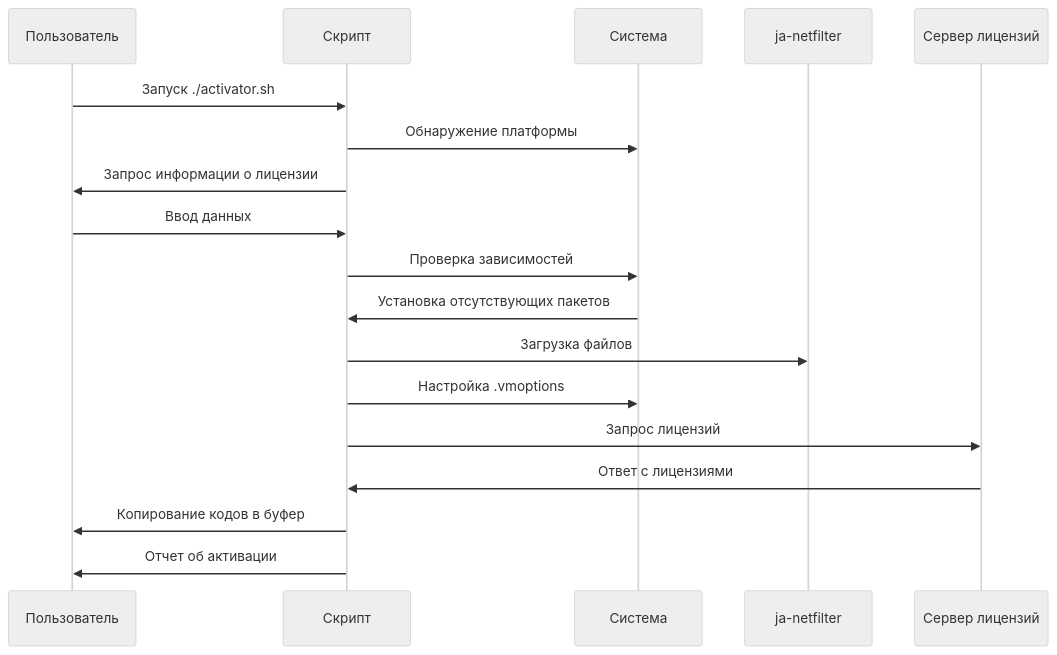
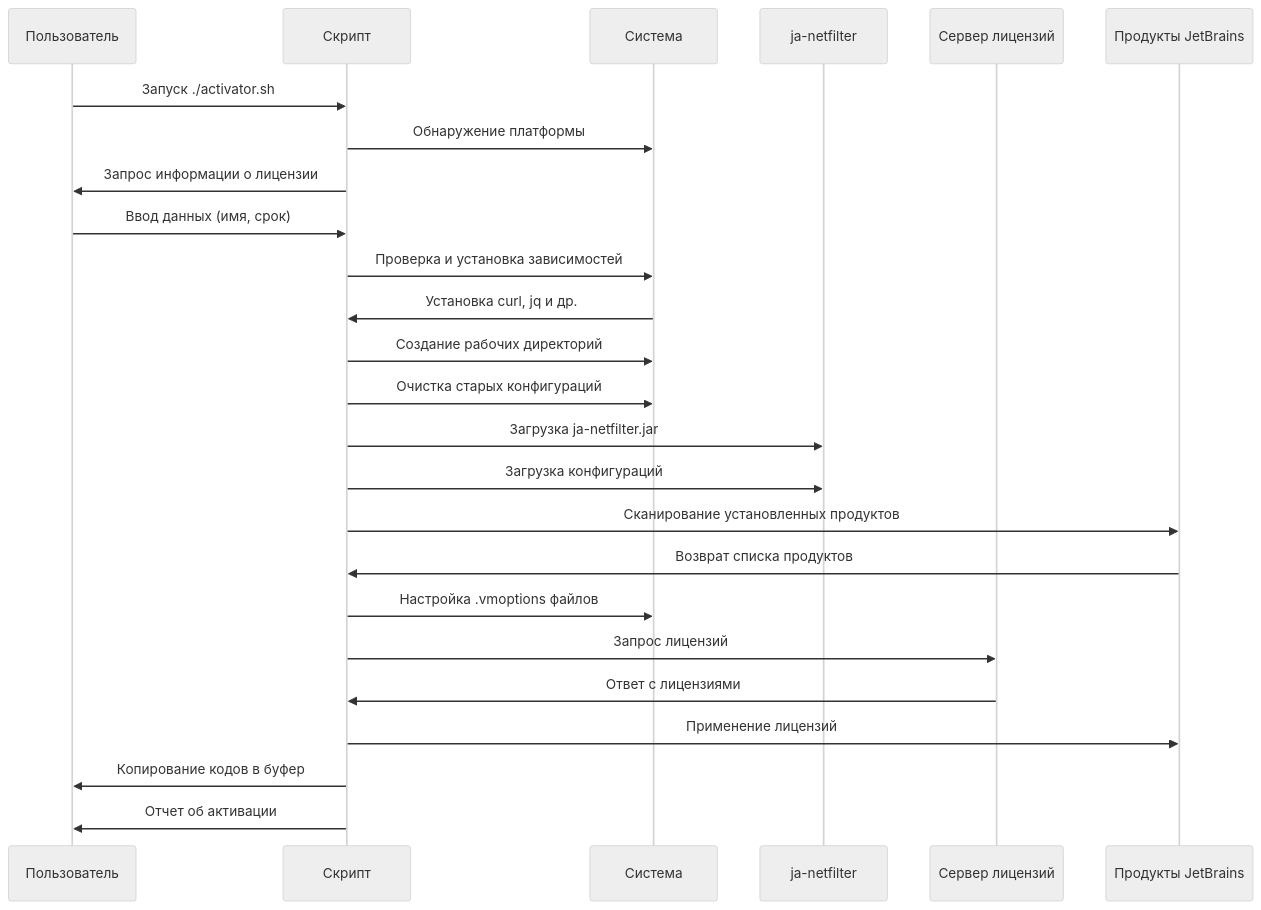
One commit to neKamita/ToolBox-Activator changed the fourth of 4 diagrams in README.md. Above: the diagram before and after it, drawn with Mermaid (neutral theme). The commit also changed other lines of this file and 2 other files, not shown here.

````diff
--- a/README.md
+++ b/README.md
@@ -195,21 +369,28 @@
 ```mermaid
 sequenceDiagram
     participant U as Пользователь
     participant S as Скрипт
     participant D as Система
     participant J as ja-netfilter
     participant L as Сервер лицензий
+    participant P as Продукты JetBrains
 
     U->>S: Запуск ./activator.sh
     S->>D: Обнаружение платформы
     S->>U: Запрос информации о лицензии
-    U->>S: Ввод данных
-    S->>D: Проверка зависимостей
-    D->>S: Установка отсутствующих пакетов
-    S->>J: Загрузка файлов
-    S->>D: Настройка .vmoptions
+    U->>S: Ввод данных (имя, срок)
+    S->>D: Проверка и установка зависимостей
+    D->>S: Установка curl, jq и др.
+    S->>D: Создание рабочих директорий
+    S->>D: Очистка старых конфигураций
+    S->>J: Загрузка ja-netfilter.jar
+    S->>J: Загрузка конфигураций
+    S->>P: Сканирование установленных продуктов
+    P->>S: Возврат списка продуктов
+    S->>D: Настройка .vmoptions файлов
     S->>L: Запрос лицензий
     L->>S: Ответ с лицензиями
+    S->>P: Применение лицензий
     S->>U: Копирование кодов в буфер
     S->>U: Отчет об активации
 ```
````
